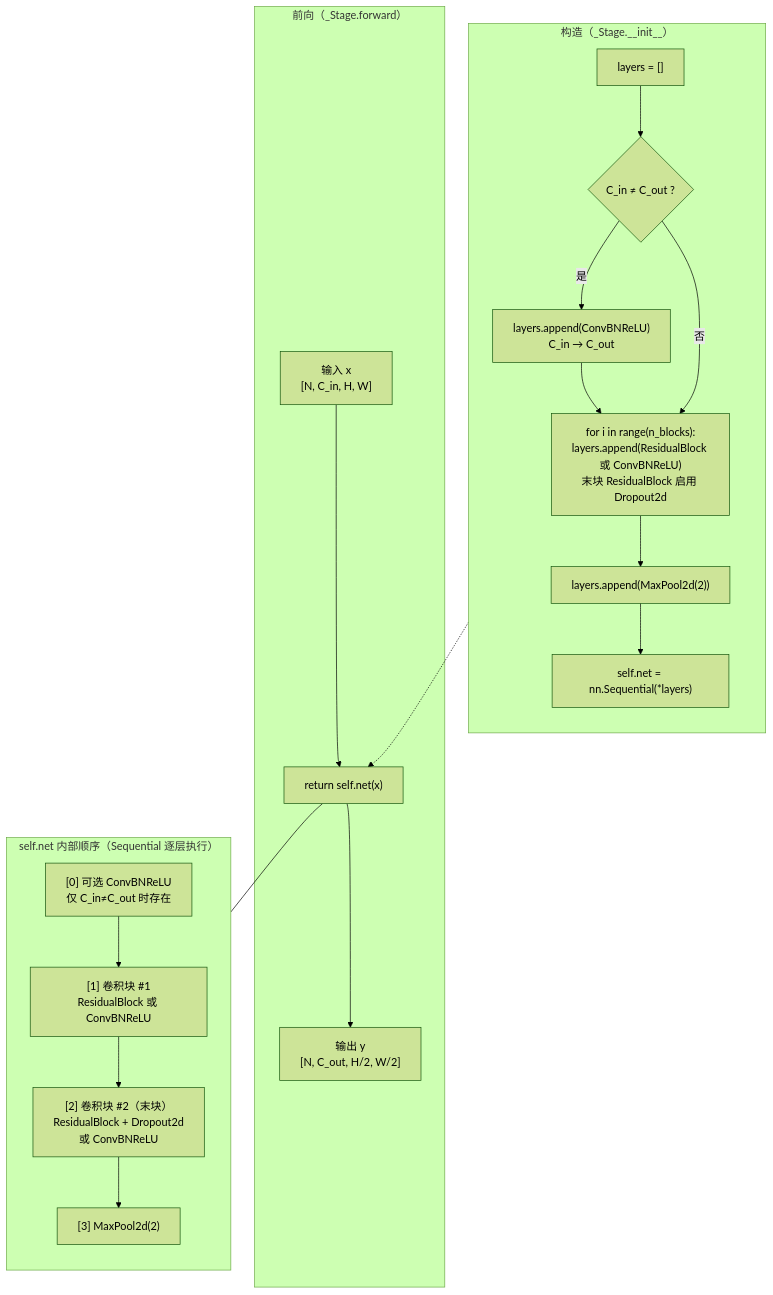
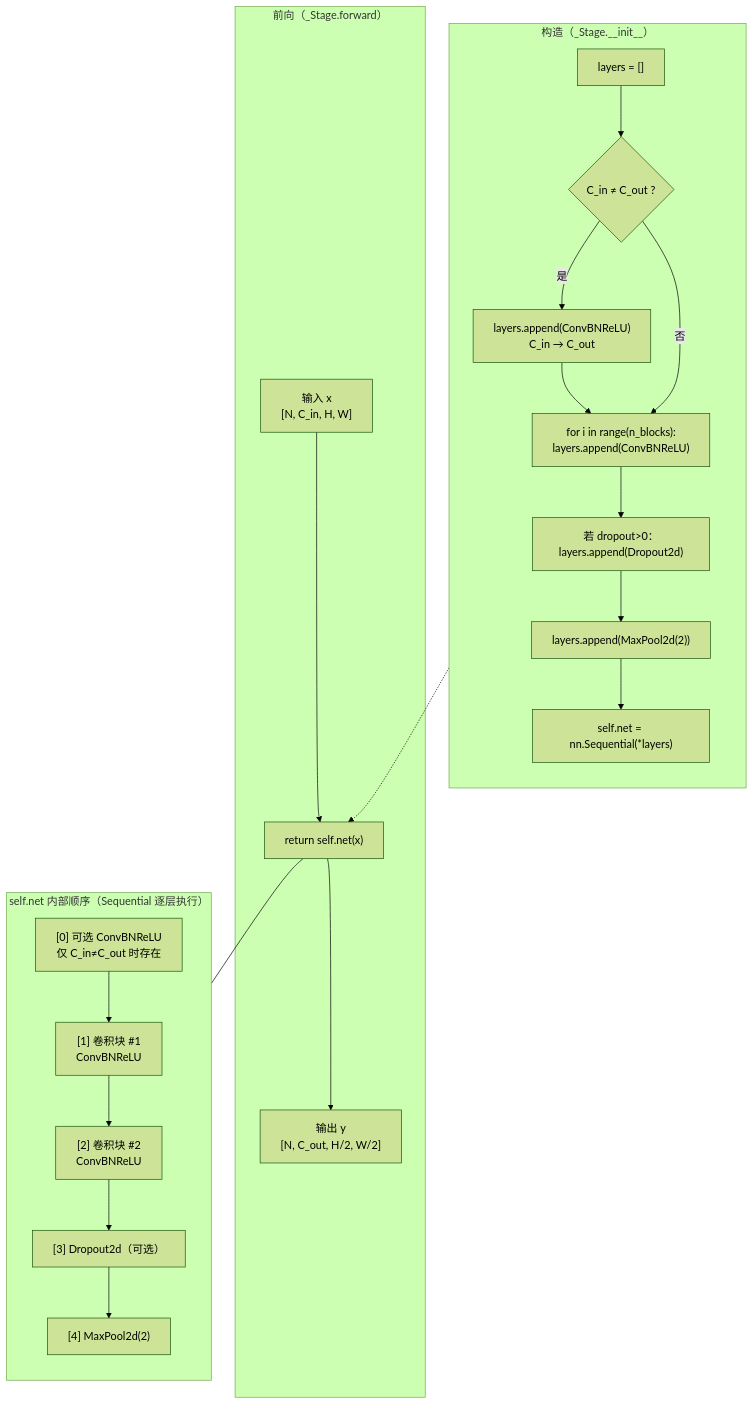
Before and after one commit to amunlau/dram_cnn: the diagram in reports/figures/11_stage_generic.mmd, drawn with Mermaid (forest theme). The commit also changed 107 other files, not shown here.

```diff
--- a/reports/figures/11_stage_generic.mmd
+++ b/reports/figures/11_stage_generic.mmd
@@ -1,33 +1,35 @@
 flowchart TB
   subgraph INIT["构造（_Stage.__init__）"]
     direction TB
     L0["layers = []"]
     L1{"C_in ≠ C_out ?"}
     L1Y["layers.append(ConvBNReLU)<br/>C_in → C_out"]
-    L2["for i in range(n_blocks):<br/>layers.append(ResidualBlock 或 ConvBNReLU)<br/>末块 ResidualBlock 启用 Dropout2d"]
+    L2["for i in range(n_blocks):<br/>layers.append(ConvBNReLU)"]
+    L2D["若 dropout>0：layers.append(Dropout2d)"]
     L3["layers.append(MaxPool2d(2))"]
     L4["self.net = nn.Sequential(*layers)"]
     L0 --> L1
     L1 -->|是| L1Y --> L2
     L1 -->|否| L2
-    L2 --> L3 --> L4
+    L2 --> L2D --> L3 --> L4
   end
 
   subgraph FWD["前向（_Stage.forward）"]
     XIN["输入 x<br/>[N, C_in, H, W]"]
     NET["return self.net(x)"]
     XOUT["输出 y<br/>[N, C_out, H/2, W/2]"]
     XIN --> NET --> XOUT
   end
 
   subgraph SEQ["self.net 内部顺序（Sequential 逐层执行）"]
     direction TB
     S0["[0] 可选 ConvBNReLU<br/>仅 C_in≠C_out 时存在"]
-    S1["[1] 卷积块 #1<br/>ResidualBlock 或 ConvBNReLU"]
-    S2["[2] 卷积块 #2（末块）<br/>ResidualBlock + Dropout2d<br/>或 ConvBNReLU"]
-    S3["[3] MaxPool2d(2)"]
-    S0 --> S1 --> S2 --> S3
+    S1["[1] 卷积块 #1<br/>ConvBNReLU"]
+    S2["[2] 卷积块 #2<br/>ConvBNReLU"]
+    SD["[3] Dropout2d（可选）"]
+    S3["[4] MaxPool2d(2)"]
+    S0 --> S1 --> S2 --> SD --> S3
   end
 
   L4 -.-> NET
   NET --- SEQ
```
